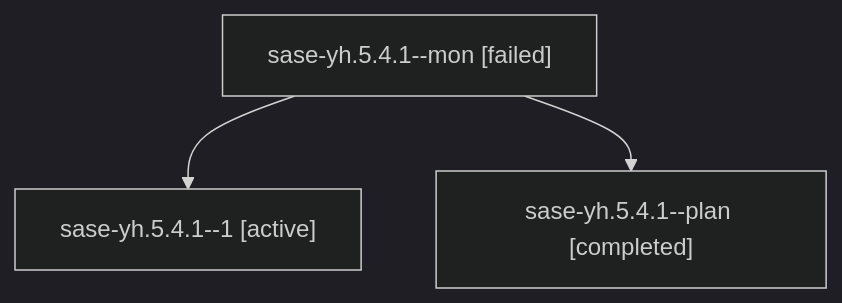
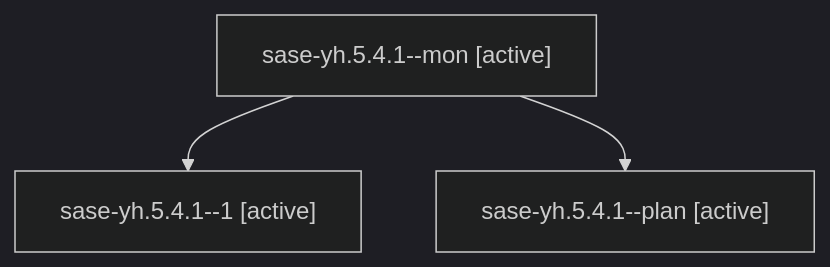
The diagram in families/bbugyi200.athena.sase-yh.5.4.1.md (sase-org/sase--agents), drawn with Mermaid (dark theme) before and after one commit. The commit also changed other lines of this file and 35830 other files, not shown here.

````diff
--- a/families/bbugyi200.athena.sase-yh.5.4.1.md
+++ b/families/bbugyi200.athena.sase-yh.5.4.1.md
@@ -9,8 +9,8 @@
 ```mermaid
 flowchart TD
-  n0["sase-yh.5.4.1--mon [failed]"]
+  n0["sase-yh.5.4.1--mon [active]"]
   n1["sase-yh.5.4.1--1 [active]"]
   n0 --> n1
-  n2["sase-yh.5.4.1--plan [completed]"]
+  n2["sase-yh.5.4.1--plan [active]"]
   n0 --> n2
 ```
````
